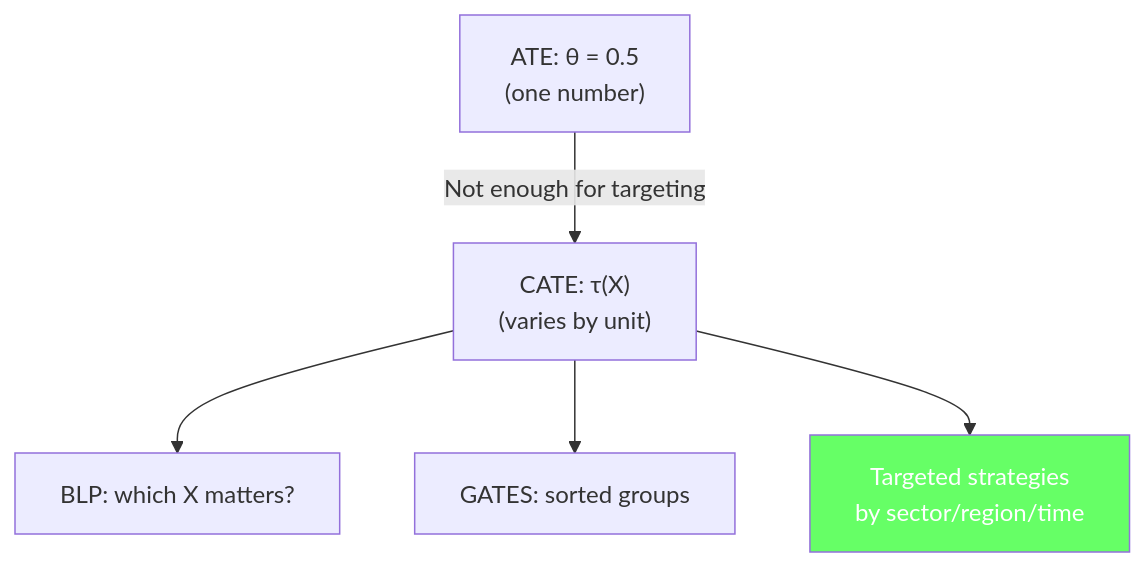
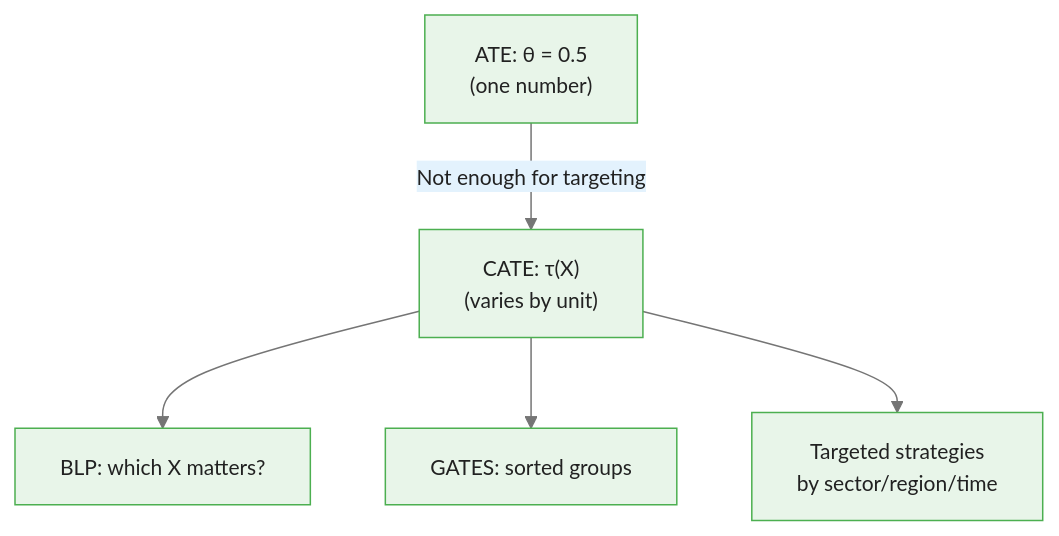
The fourth of 4 diagrams in courses/double-machine-learning/modules/module_08_heterogeneous_effects/guides/01_heterogeneous_effects_slides.md (m-deane/course-creator), drawn with Mermaid before and after one commit. The commit also changed other lines of this file and 40 other files, not shown here.

````diff
--- a/courses/double-machine-learning/modules/module_08_heterogeneous_effects/guides/01_heterogeneous_effects_slides.md
+++ b/courses/double-machine-learning/modules/module_08_heterogeneous_effects/guides/01_heterogeneous_effects_slides.md
@@ -225,8 +237,8 @@
 ```mermaid
+%%{init: {"theme": "base", "themeVariables": {"primaryColor": "#e8f5e9", "primaryBorderColor": "#4caf50", "primaryTextColor": "#212121", "secondaryColor": "#e3f2fd", "tertiaryColor": "#fff8e1", "lineColor": "#757575", "fontFamily": "Inter, sans-serif", "fontSize": "14px"}}}%%
 flowchart TD
     ATE["ATE: θ = 0.5<br/>(one number)"] -->|"Not enough for targeting"| CATE["CATE: τ(X)<br/>(varies by unit)"]
     CATE --> BLP["BLP: which X matters?"]
     CATE --> GATES["GATES: sorted groups"]
     CATE --> Target["Targeted strategies<br/>by sector/region/time"]
-    style Target fill:#6f6,color:#fff
 ```
````
